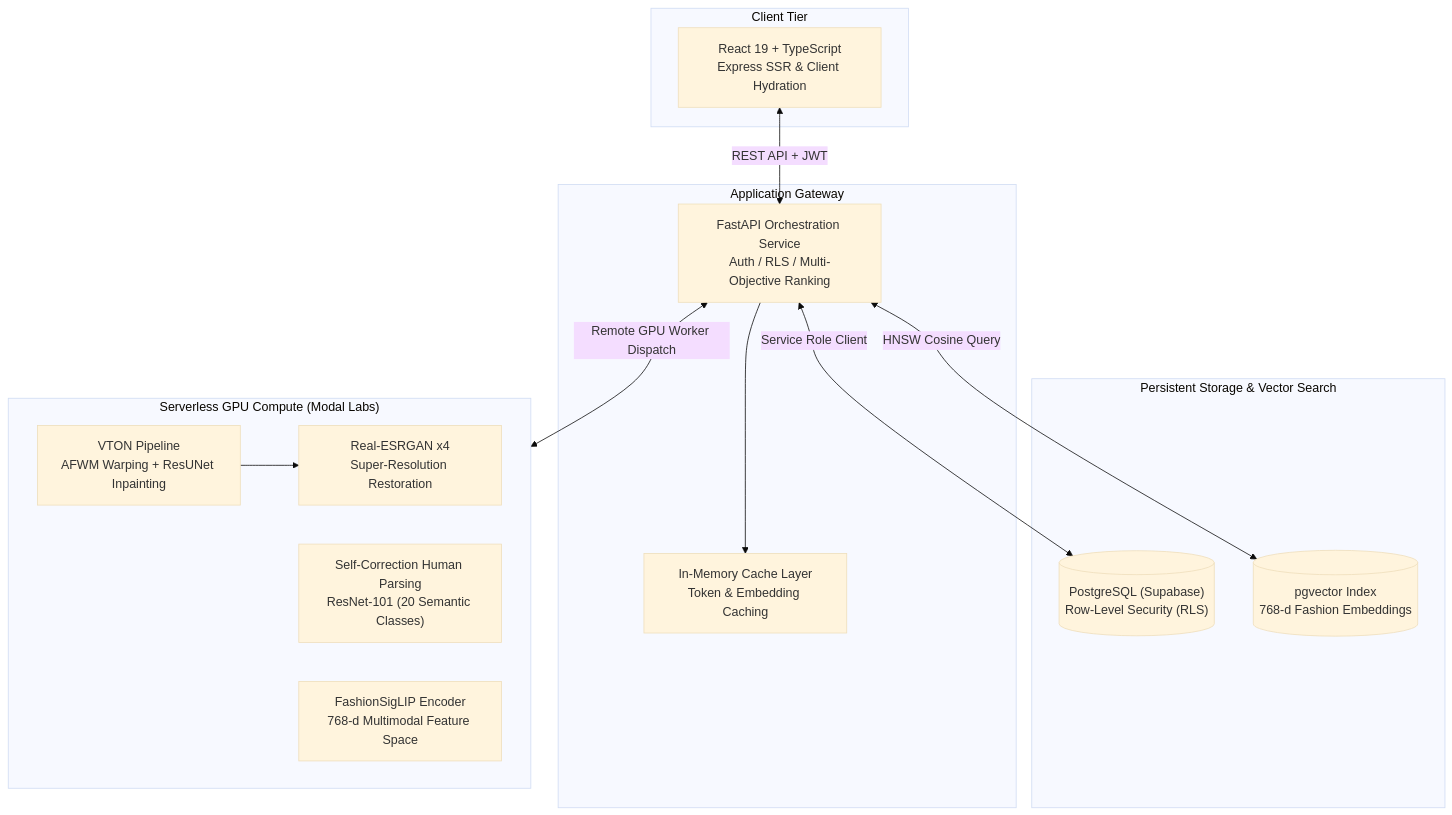
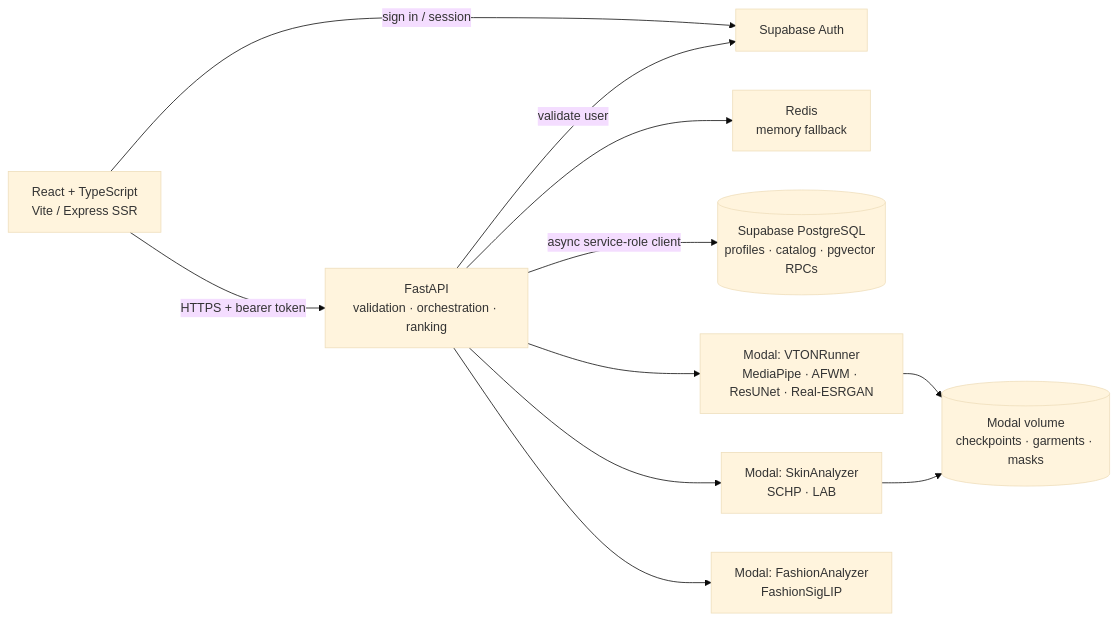
The diagram in README.md (ScriptedLines/Weave.ai), drawn with Mermaid (base theme) before and after one commit. The commit also changed other lines of this file, not shown here.

````diff
--- a/README.md
+++ b/README.md
@@ -42,30 +28,23 @@
 ```mermaid
-flowchart TD
-    subgraph Frontend ["Client Tier"]
-        UI["React 19 + TypeScript<br/>Express SSR & Client Hydration"]
-    end
+flowchart LR
+    Browser["React + TypeScript<br/>Vite / Express SSR"]
+    Auth["Supabase Auth"]
+    API["FastAPI<br/>validation · orchestration · ranking"]
+    Cache["Redis<br/>memory fallback"]
+    DB[("Supabase PostgreSQL<br/>profiles · catalog · pgvector RPCs")]
+    VTON["Modal: VTONRunner<br/>MediaPipe · AFWM · ResUNet · Real-ESRGAN"]
+    Skin["Modal: SkinAnalyzer<br/>SCHP · LAB"]
+    Fashion["Modal: FashionAnalyzer<br/>FashionSigLIP"]
+    Volume[("Modal volume<br/>checkpoints · garments · masks")]
 
-    subgraph Gateway ["Application Gateway"]
-        API["FastAPI Orchestration Service<br/>Auth / RLS / Multi-Objective Ranking"]
-        Cache["In-Memory Cache Layer<br/>Token & Embedding Caching"]
-    end
-
-    subgraph Storage ["Persistent Storage & Vector Search"]
-        DB[("PostgreSQL (Supabase)<br/>Row-Level Security (RLS)")]
-        VEC[("pgvector Index<br/>768-d Fashion Embeddings")]
-    end
-
-    subgraph GPU ["Serverless GPU Compute (Modal Labs)"]
-        VTON["VTON Pipeline<br/>AFWM Warping + ResUNet Inpainting"]
-        ESRGAN["Real-ESRGAN x4<br/>Super-Resolution Restoration"]
-        SCHP["Self-Correction Human Parsing<br/>ResNet-101 (20 Semantic Classes)"]
-        CLIP["FashionSigLIP Encoder<br/>768-d Multimodal Feature Space"]
-    end
-
-    UI <-->|REST API + JWT| API
+    Browser -->|"sign in / session"| Auth
+    Browser -->|"HTTPS + bearer token"| API
+    API -->|"validate user"| Auth
     API --> Cache
-    API <-->|Service Role Client| DB
-    API <-->|HNSW Cosine Query| VEC
-    API <-->|Remote GPU Worker Dispatch| GPU
-    VTON --> ESRGAN
+    API -->|"async service-role client"| DB
+    API --> VTON
+    API --> Skin
+    API --> Fashion
+    VTON --> Volume
+    Skin --> Volume
 ```
````
